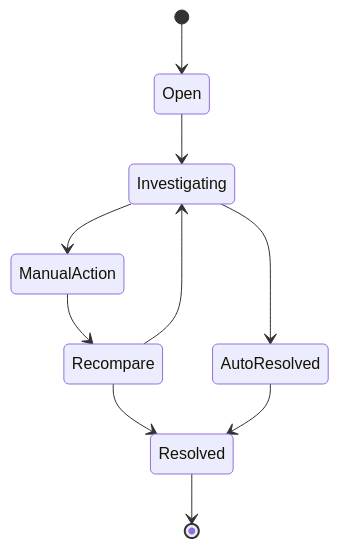
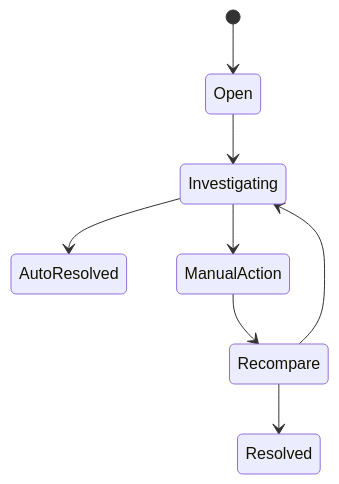
One commit to Trinhduyet/securities.github.io changed the diagram in docs/lectures/12-eod-reconciliation-operations/index.md. Above: the diagram before and after it, drawn with Mermaid. The commit also changed other lines of this file and 22 other files, not shown here.

````diff
--- a/docs/lectures/12-eod-reconciliation-operations/index.md
+++ b/docs/lectures/12-eod-reconciliation-operations/index.md
@@ -55,12 +61,10 @@
 ```mermaid
 stateDiagram-v2
-    [*] --> Open
-    Open --> Investigating
-    Investigating --> AutoResolved
-    Investigating --> ManualAction
-    ManualAction --> Recompare
-    Recompare --> Resolved
-    Recompare --> Investigating
-    AutoResolved --> Resolved
-    Resolved --> [*]
+[*] --> Open
+Open --> Investigating
+Investigating --> AutoResolved
+Investigating --> ManualAction
+ManualAction --> Recompare
+Recompare --> Resolved
+Recompare --> Investigating
 ```
````
